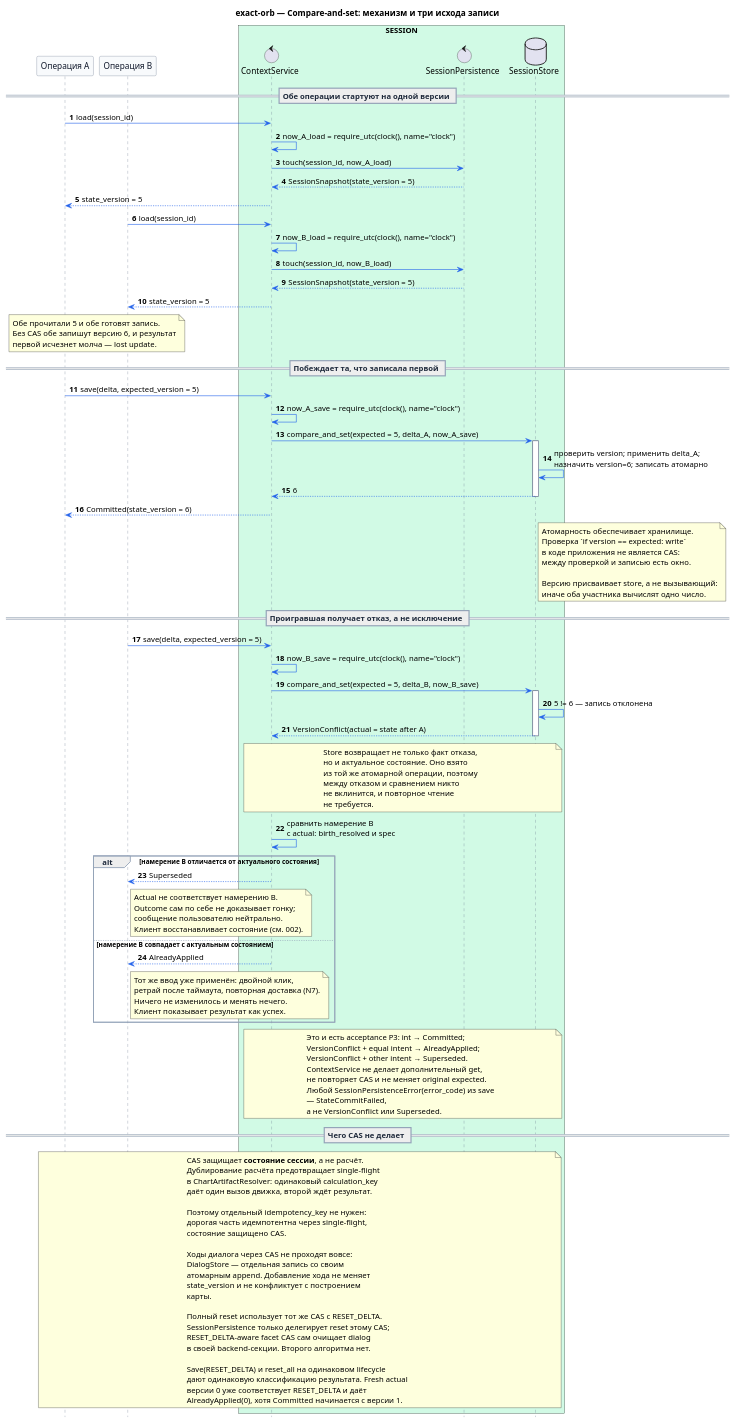
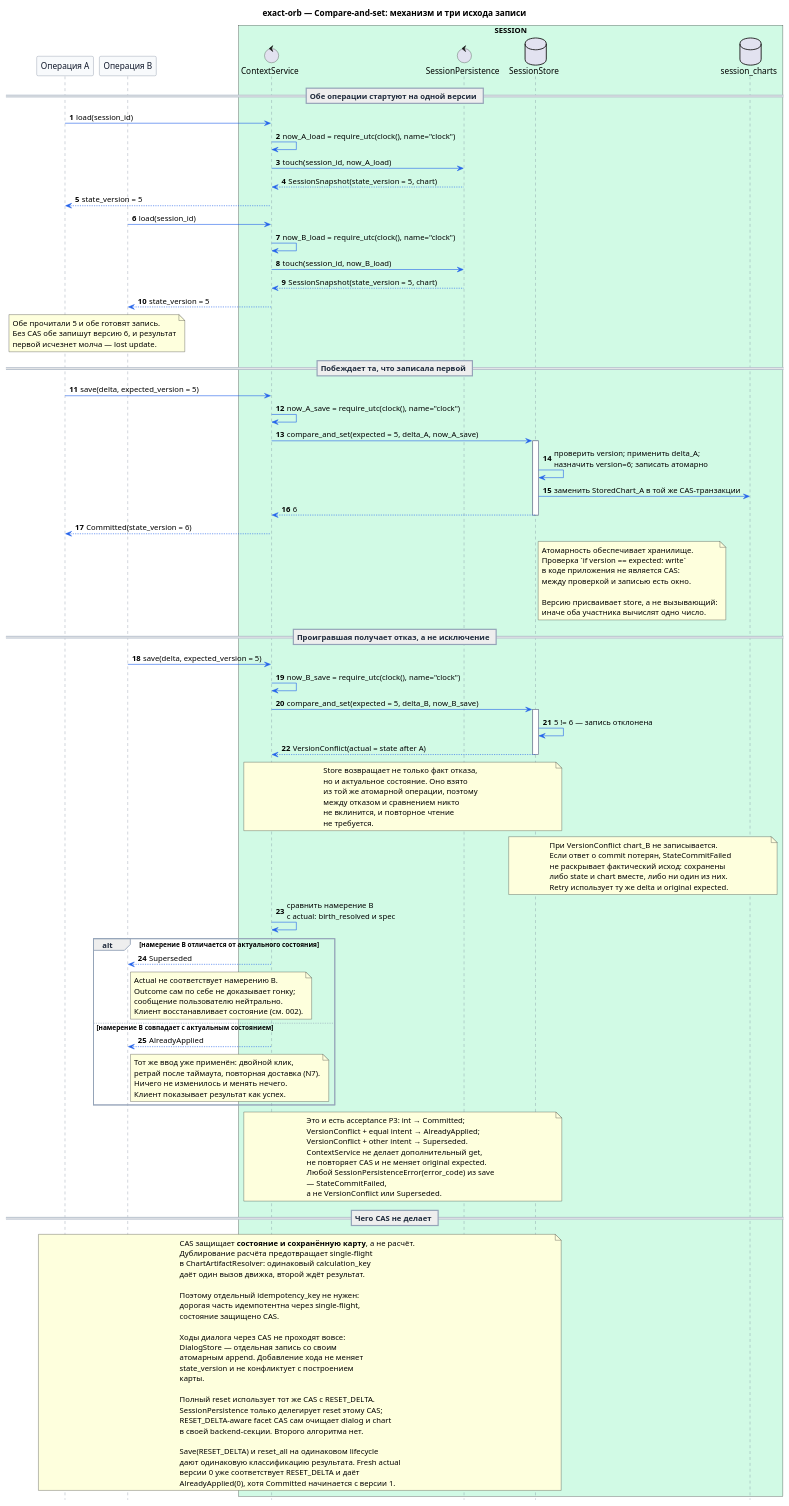
Before and after one commit to ksenia-baranova/exact-orb-demo: the diagram in docs/sequence_diagrams/session/005-compare-and-set.puml, drawn with PlantUML. The commit also changed 29 other files, not shown here.

Commit message:
docs: update architecture diagrams, overview, and scenarios

```diff
--- a/docs/sequence_diagrams/session/005-compare-and-set.puml
+++ b/docs/sequence_diagrams/session/005-compare-and-set.puml
@@ -1,176 +1,186 @@
 @startuml
 title exact-orb — Compare-and-set: механизм и три исхода записи
 
 ' Диаграмма объясняет сам механизм, а не пользовательский сценарий.
 ' Прикладная ветка нарисована в ../build_natal/006.
 ' Здесь показано, что именно делает store и откуда берутся исходы
 ' Committed, Superseded и AlreadyApplied.
 
 autonumber
 hide footbox
 
 skinparam shadowing false
 skinparam responseMessageBelowArrow true
 
 skinparam sequence {
     ArrowColor #2563EB
     LifeLineBorderColor #64748B
     LifeLineBackgroundColor #FFFFFF
 
     ParticipantBorderColor #64748B
     ParticipantFontColor #0F172A
     ParticipantBackgroundColor #F8FAFC
 
     ActorBorderColor #64748B
     ActorFontColor #0F172A
     ActorBackgroundColor #DBEAFE
 
     GroupBorderColor #94A3B8
     GroupHeaderFontColor #1E293B
 
     DividerBorderColor #94A3B8
     DividerFontColor #1E293B
 
     NoteBorderColor #94A3B8
     NoteBackgroundColor #FFFBEA
     NoteFontColor #334155
 }
 
 participant "Операция A" as A
 participant "Операция B" as B
 
 box "SESSION" #D1FAE5
     control "ContextService" as Context
     control "SessionPersistence" as Persistence
     database "SessionStore" as Store
+    database "session_charts" as Charts
 end box
 
 
 == Обе операции стартуют на одной версии ==
 
 A -> Context : load(session_id)
 Context -> Context : now_A_load = require_utc(clock(), name="clock")
 Context -> Persistence : touch(session_id, now_A_load)
-Persistence --> Context : SessionSnapshot(state_version = 5)
+Persistence --> Context : SessionSnapshot(state_version = 5, chart)
 Context --> A : state_version = 5
 
 B -> Context : load(session_id)
 Context -> Context : now_B_load = require_utc(clock(), name="clock")
 Context -> Persistence : touch(session_id, now_B_load)
-Persistence --> Context : SessionSnapshot(state_version = 5)
+Persistence --> Context : SessionSnapshot(state_version = 5, chart)
 Context --> B : state_version = 5
 
 note over A, B
 Обе прочитали 5 и обе готовят запись.
 Без CAS обе запишут версию 6, и результат
 первой исчезнет молча — lost update.
 end note
 
 
 == Побеждает та, что записала первой ==
 
 A -> Context : save(delta, expected_version = 5)
 Context -> Context : now_A_save = require_utc(clock(), name="clock")
 Context -> Store : compare_and_set(expected = 5, delta_A, now_A_save)
 activate Store
 Store -> Store : проверить version; применить delta_A;\nназначить version=6; записать атомарно
+Store -> Charts : заменить StoredChart_A в той же CAS-транзакции
 Store --> Context : 6
 deactivate Store
 Context --> A : Committed(state_version = 6)
 
 note right of Store
 Атомарность обеспечивает хранилище.
 Проверка `if version == expected: write`
 в коде приложения не является CAS:
 между проверкой и записью есть окно.
 
 Версию присваивает store, а не вызывающий:
 иначе оба участника вычислят одно число.
 end note
 
 
 == Проигравшая получает отказ, а не исключение ==
 
 B -> Context : save(delta, expected_version = 5)
 Context -> Context : now_B_save = require_utc(clock(), name="clock")
 Context -> Store : compare_and_set(expected = 5, delta_B, now_B_save)
 activate Store
 Store -> Store : 5 != 6 — запись отклонена
 Store --> Context : VersionConflict(actual = state after A)
 deactivate Store
 
 note over Context, Store
 Store возвращает не только факт отказа,
 но и актуальное состояние. Оно взято
 из той же атомарной операции, поэтому
 между отказом и сравнением никто
 не вклинится, и повторное чтение
 не требуется.
+end note
+
+note over Store, Charts
+При VersionConflict chart_B не записывается.
+Если ответ о commit потерян, StateCommitFailed
+не раскрывает фактический исход: сохранены
+либо state и chart вместе, либо ни один из них.
+Retry использует ту же delta и original expected.
 end note
 
 Context -> Context : сравнить намерение B\nс actual: birth_resolved и spec
 
 alt намерение B отличается от актуального состояния
 
     Context --> B : Superseded
     note right of B
     Actual не соответствует намерению B.
     Outcome сам по себе не доказывает гонку;
     сообщение пользователю нейтрально.
     Клиент восстанавливает состояние (см. 002).
     end note
 
 else намерение B совпадает с актуальным состоянием
 
     Context --> B : AlreadyApplied
     note right of B
     Тот же ввод уже применён: двойной клик,
     ретрай после таймаута, повторная доставка (N7).
     Ничего не изменилось и менять нечего.
     Клиент показывает результат как успех.
     end note
 
 end
 
 note over Context, Store
 Это и есть acceptance P3: int → Committed;
 VersionConflict + equal intent → AlreadyApplied;
 VersionConflict + other intent → Superseded.
 ContextService не делает дополнительный get,
 не повторяет CAS и не меняет original expected.
 Любой SessionPersistenceError(error_code) из save
 — StateCommitFailed,
 а не VersionConflict или Superseded.
 end note
 
 
 == Чего CAS не делает ==
 
 note over A, Store
-CAS защищает **состояние сессии**, а не расчёт.
+CAS защищает **состояние и сохранённую карту**, а не расчёт.
 Дублирование расчёта предотвращает single-flight
 в ChartArtifactResolver: одинаковый calculation_key
 даёт один вызов движка, второй ждёт результат.
 
 Поэтому отдельный idempotency_key не нужен:
 дорогая часть идемпотентна через single-flight,
 состояние защищено CAS.
 
 Ходы диалога через CAS не проходят вовсе:
 DialogStore — отдельная запись со своим
 атомарным append. Добавление хода не меняет
 state_version и не конфликтует с построением
 карты.
 
 Полный reset использует тот же CAS с RESET_DELTA.
 SessionPersistence только делегирует reset этому CAS;
-RESET_DELTA-aware facet CAS сам очищает dialog
+RESET_DELTA-aware facet CAS сам очищает dialog и chart
 в своей backend-секции. Второго алгоритма нет.
 
 Save(RESET_DELTA) и reset_all на одинаковом lifecycle
 дают одинаковую классификацию результата. Fresh actual
 версии 0 уже соответствует RESET_DELTA и даёт
 AlreadyApplied(0), хотя Committed начинается с версии 1.
 end note
 
 @enduml
```
